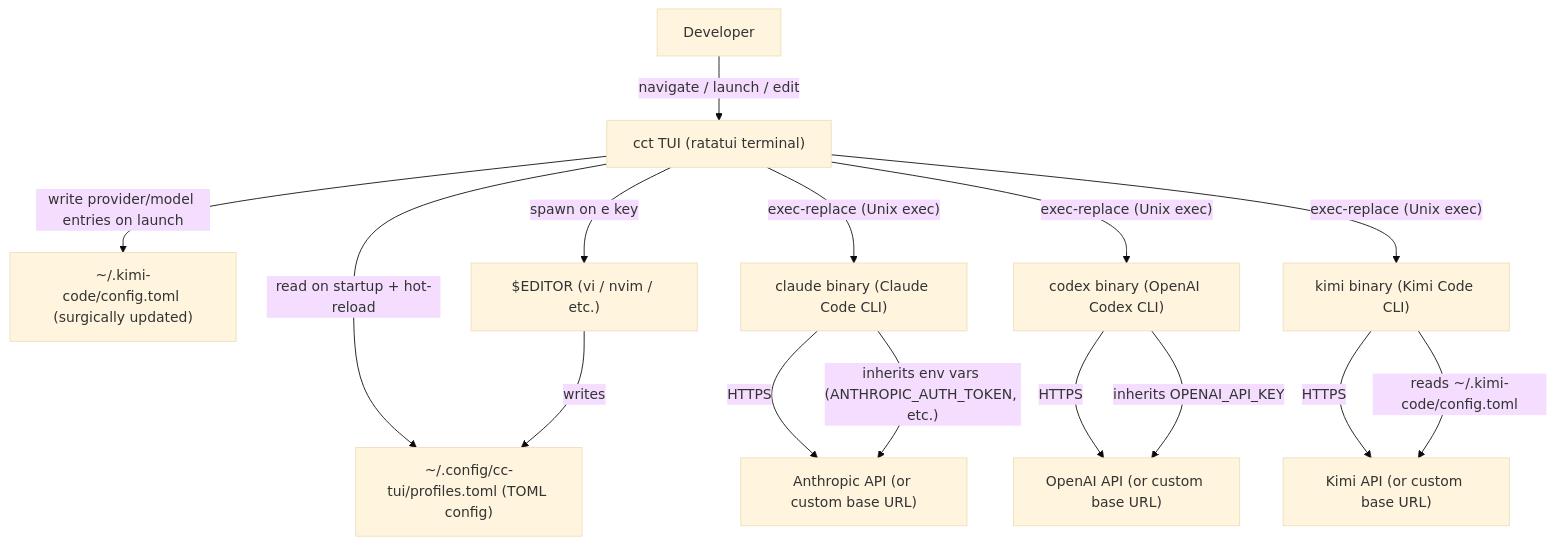
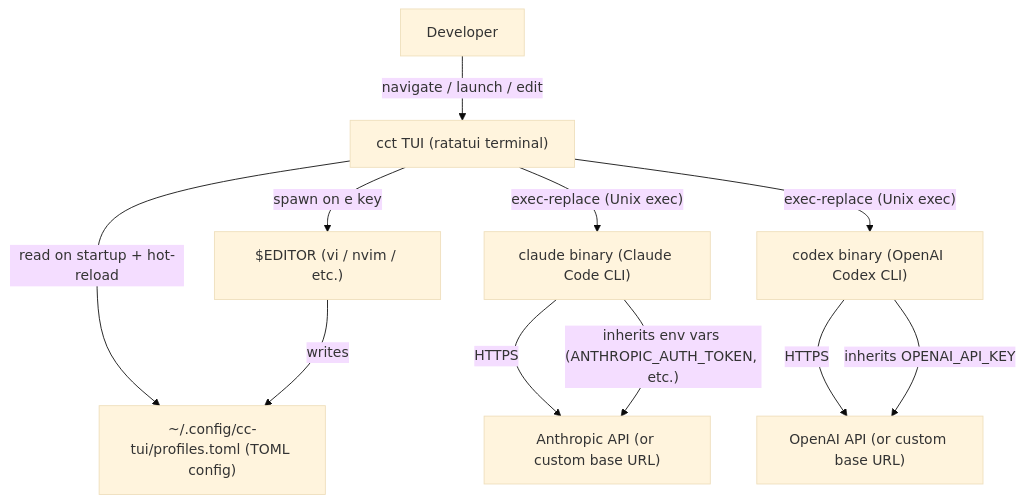
The diagram in ARCHITECTURE.md (Xpectuer/cct), drawn with Mermaid (base theme) before and after one commit. The commit also changed other lines of this file and 15 other files, not shown here.

````diff
--- a/ARCHITECTURE.md
+++ b/ARCHITECTURE.md
@@ -249,29 +215,22 @@
 ```mermaid
 graph TB
     User["Developer"]
     CCT["cct TUI (ratatui terminal)"]
     ProfilesFile["~/.config/cc-tui/profiles.toml (TOML config)"]
-    KimiConfig["~/.kimi-code/config.toml (surgically updated)"]
     Claude["claude binary (Claude Code CLI)"]
     Codex["codex binary (OpenAI Codex CLI)"]
-    Kimi["kimi binary (Kimi Code CLI)"]
     Editor["$EDITOR (vi / nvim / etc.)"]
     AnthropicAPI["Anthropic API (or custom base URL)"]
     OpenAIAPI["OpenAI API (or custom base URL)"]
-    KimiAPI["Kimi API (or custom base URL)"]
 
     User -->|"navigate / launch / edit"| CCT
     CCT -->|"read on startup + hot-reload"| ProfilesFile
-    CCT -->|"write provider/model entries on launch"| KimiConfig
     CCT -->|"exec-replace (Unix exec)"| Claude
     CCT -->|"exec-replace (Unix exec)"| Codex
-    CCT -->|"exec-replace (Unix exec)"| Kimi
     CCT -->|"spawn on e key"| Editor
     Editor -->|"writes"| ProfilesFile
     Claude -->|"HTTPS"| AnthropicAPI
     Claude -->|"inherits env vars (ANTHROPIC_AUTH_TOKEN, etc.)"| AnthropicAPI
     Codex -->|"HTTPS"| OpenAIAPI
     Codex -->|"inherits OPENAI_API_KEY"| OpenAIAPI
-    Kimi -->|"HTTPS"| KimiAPI
-    Kimi -->|"reads ~/.kimi-code/config.toml"| KimiAPI
 ```
````
